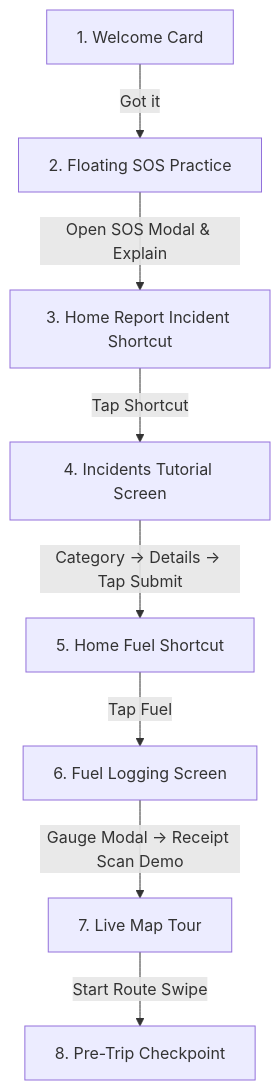
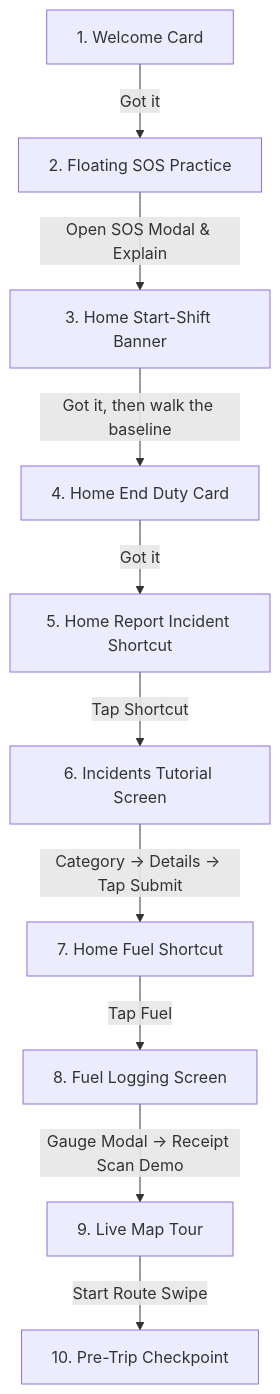
The second of 2 diagrams in Capstone/02 - Features/Driver In-App Guide.md (ro-mee/fleet-transpo), drawn with Mermaid before and after one commit. The commit also changed other lines of this file and 24 other files, not shown here.

First line of the commit message:
docs(vault): sync SYSTEM.md and Capstone notes with system architecture

````diff
--- a/Capstone/02 - Features/Driver In-App Guide.md
+++ b/Capstone/02 - Features/Driver In-App Guide.md
@@ -302,10 +365,12 @@
 ```mermaid
 graph TD
     A[1. Welcome Card] -->|Got it| B[2. Floating SOS Practice]
-    B -->|Open SOS Modal & Explain| C[3. Home Report Incident Shortcut]
-    C -->|Tap Shortcut| D[4. Incidents Tutorial Screen]
-    D -->|Category → Details → Tap Submit| E[5. Home Fuel Shortcut]
-    E -->|Tap Fuel| F[6. Fuel Logging Screen]
-    F -->|Gauge Modal → Receipt Scan Demo| G[7. Live Map Tour]
-    G -->|Start Route Swipe| H[8. Pre-Trip Checkpoint]
+    B -->|Open SOS Modal & Explain| C[3. Home Start-Shift Banner]
+    C -->|Got it, then walk the baseline| D[4. Home End Duty Card]
+    D -->|Got it| E[5. Home Report Incident Shortcut]
+    E -->|Tap Shortcut| F[6. Incidents Tutorial Screen]
+    F -->|Category → Details → Tap Submit| G[7. Home Fuel Shortcut]
+    G -->|Tap Fuel| H[8. Fuel Logging Screen]
+    H -->|Gauge Modal → Receipt Scan Demo| I[9. Live Map Tour]
+    I -->|Start Route Swipe| J[10. Pre-Trip Checkpoint]
 ```
````
